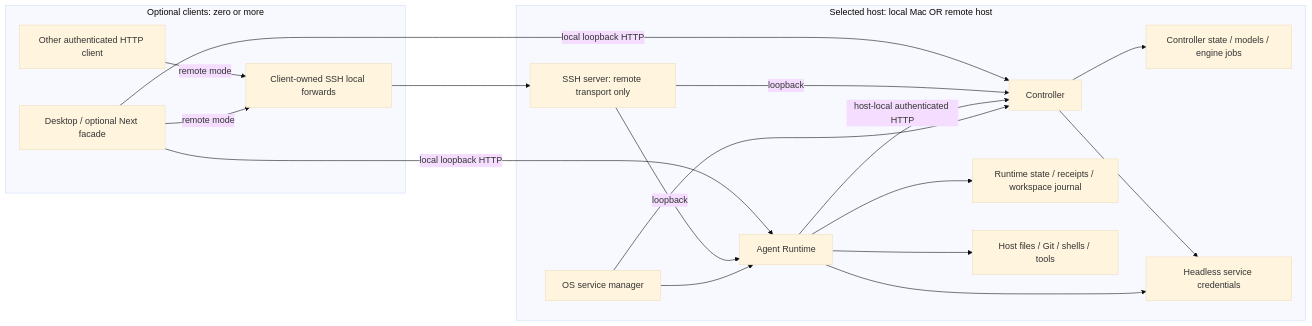
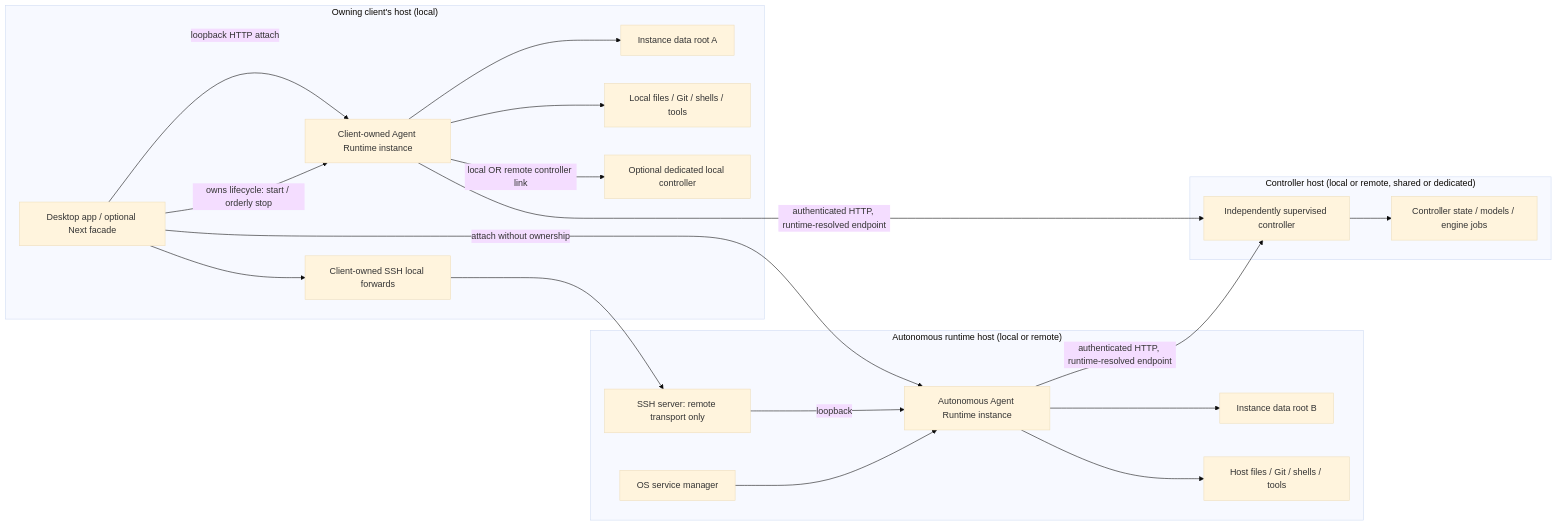
One commit to urucoder/local-studio changed the first of 3 diagrams in docs/architecture/agent-runtime-deep-dive.md. Above: the diagram before and after it, drawn with Mermaid (base theme). The commit also changed other lines of this file, not shown here.

Commit message:
docs(architecture): rewrite ADR-0012 for coexisting runtime lifecycle modes

````diff
--- a/docs/architecture/agent-runtime-deep-dive.md
+++ b/docs/architecture/agent-runtime-deep-dive.md
@@ -51,33 +128,37 @@
 ```mermaid
 flowchart LR
-  subgraph Clients["Optional clients: zero or more"]
-    Desktop["Desktop / optional Next facade"]
-    Other["Other authenticated HTTP client"]
+  subgraph ClientHost["Owning client's host (local)"]
+    Desktop["Desktop app / optional Next facade"]
+    OwnedRuntime["Client-owned Agent Runtime instance"]
+    OwnedData["Instance data root A"]
+    OwnedWorkspace["Local files / Git / shells / tools"]
+    DedicatedController["Optional dedicated local controller"]
     Forward["Client-owned SSH local forwards"]
+    Desktop -->|owns lifecycle: start / orderly stop| OwnedRuntime
+    Desktop -->|loopback HTTP attach| OwnedRuntime
+    OwnedRuntime --> OwnedData
+    OwnedRuntime --> OwnedWorkspace
+    OwnedRuntime -->|local OR remote controller link| DedicatedController
+    Desktop --> Forward
   end
-  subgraph Host["Selected host: local Mac OR remote host"]
+  subgraph AutoHost["Autonomous runtime host (local or remote)"]
+    Supervisor["OS service manager"]
+    AutoRuntime["Autonomous Agent Runtime instance"]
+    AutoData["Instance data root B"]
+    AutoWorkspace["Host files / Git / shells / tools"]
     SSHD["SSH server: remote transport only"]
-    Supervisor["OS service manager"]
-    Runtime["Agent Runtime"]
-    Controller["Controller"]
-    RuntimeData["Runtime state / receipts / workspace journal"]
+    Supervisor --> AutoRuntime
+    AutoRuntime --> AutoData
+    AutoRuntime --> AutoWorkspace
+    SSHD -->|loopback| AutoRuntime
+  end
+  subgraph ControllerHost["Controller host (local or remote, shared or dedicated)"]
+    SharedController["Independently supervised controller"]
     ControllerData["Controller state / models / engine jobs"]
-    Workspace["Host files / Git / shells / tools"]
-    Secrets["Headless service credentials"]
-    Supervisor --> Runtime
-    Supervisor --> Controller
-    Runtime -->|host-local authenticated HTTP| Controller
-    Runtime --> RuntimeData
-    Controller --> ControllerData
-    Runtime --> Workspace
-    Runtime --> Secrets
-    Controller --> Secrets
-    SSHD -->|loopback| Runtime
-    SSHD -->|loopback| Controller
+    SharedController --> ControllerData
   end
-  Desktop -->|local loopback HTTP| Runtime
-  Desktop -->|local loopback HTTP| Controller
-  Desktop -->|remote mode| Forward
-  Other -->|remote mode| Forward
+  OwnedRuntime -->|authenticated HTTP, runtime-resolved endpoint| SharedController
+  AutoRuntime -->|authenticated HTTP, runtime-resolved endpoint| SharedController
   Forward --> SSHD
+  Desktop -->|attach without ownership| AutoRuntime
 ```
````
